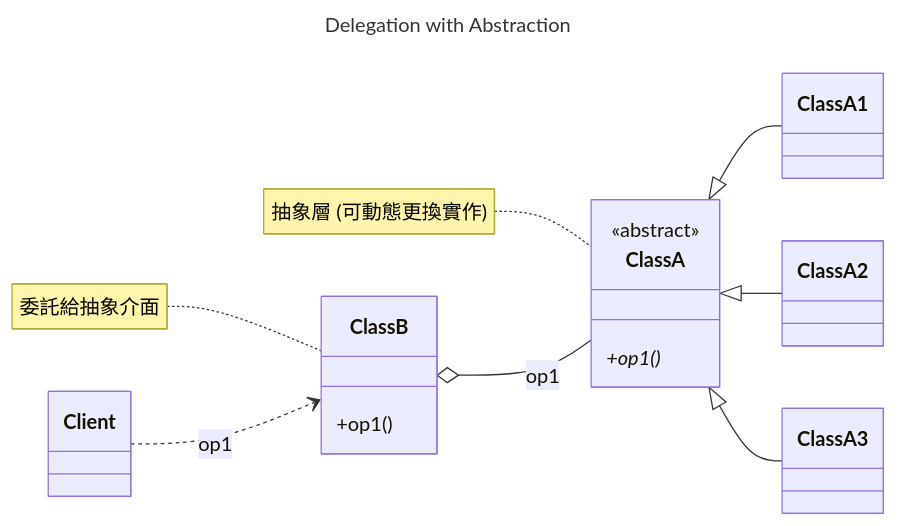
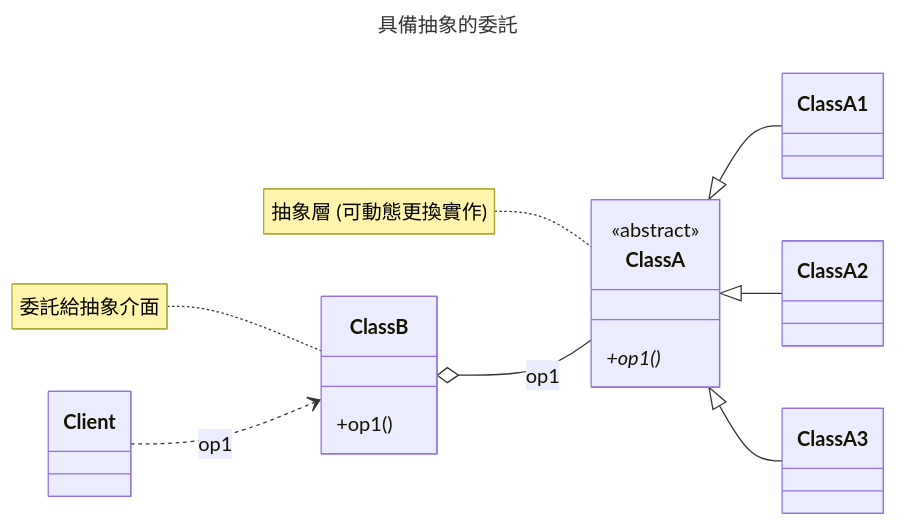
Before and after one commit to nlhsueh/teach_sw_fw: the second of 17 diagrams in Part3_Principle/ch08_oo.md, drawn with Mermaid. The commit also changed other lines of this file and 1 other file, not shown here.

Commit message:
style: translate diagram titles and notes to Chinese in ch07 and ch08

````diff
--- a/Part3_Principle/ch08_oo.md
+++ b/Part3_Principle/ch08_oo.md
@@ -78,27 +78,27 @@
 ```mermaid
 ---
-title: Delegation with Abstraction
+title: 具備抽象的委託
 ---
 classDiagram
     direction LR
     class Client
     class ClassB {
         +op1()
     }
     class ClassA {
         <<abstract>>
         +op1()*
     }
     class ClassA1
     class ClassA2
     class ClassA3
 
     Client ..> ClassB : op1
     ClassB o-- ClassA : op1
     ClassA <|-- ClassA1
     ClassA <|-- ClassA2
     ClassA <|-- ClassA3
 
     note for ClassB "委託給抽象介面"
     note for ClassA "抽象層 (可動態更換實作)"
 ```
````
